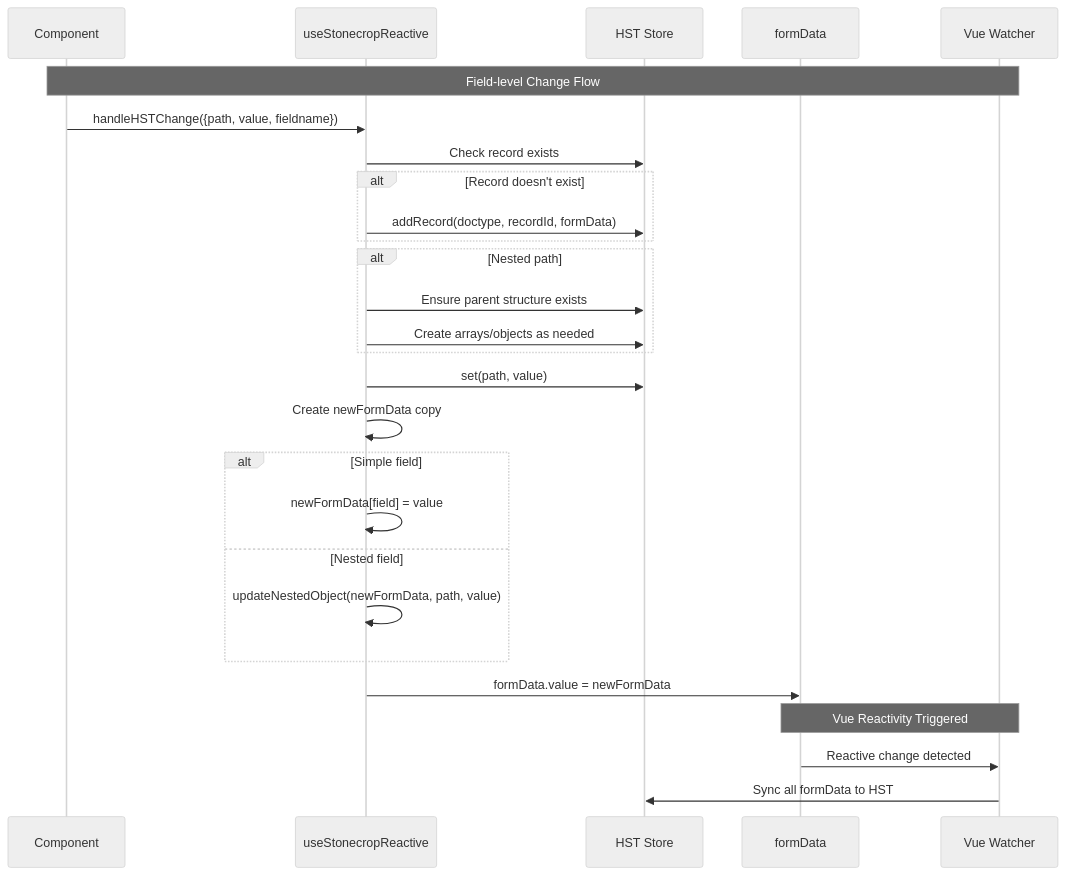
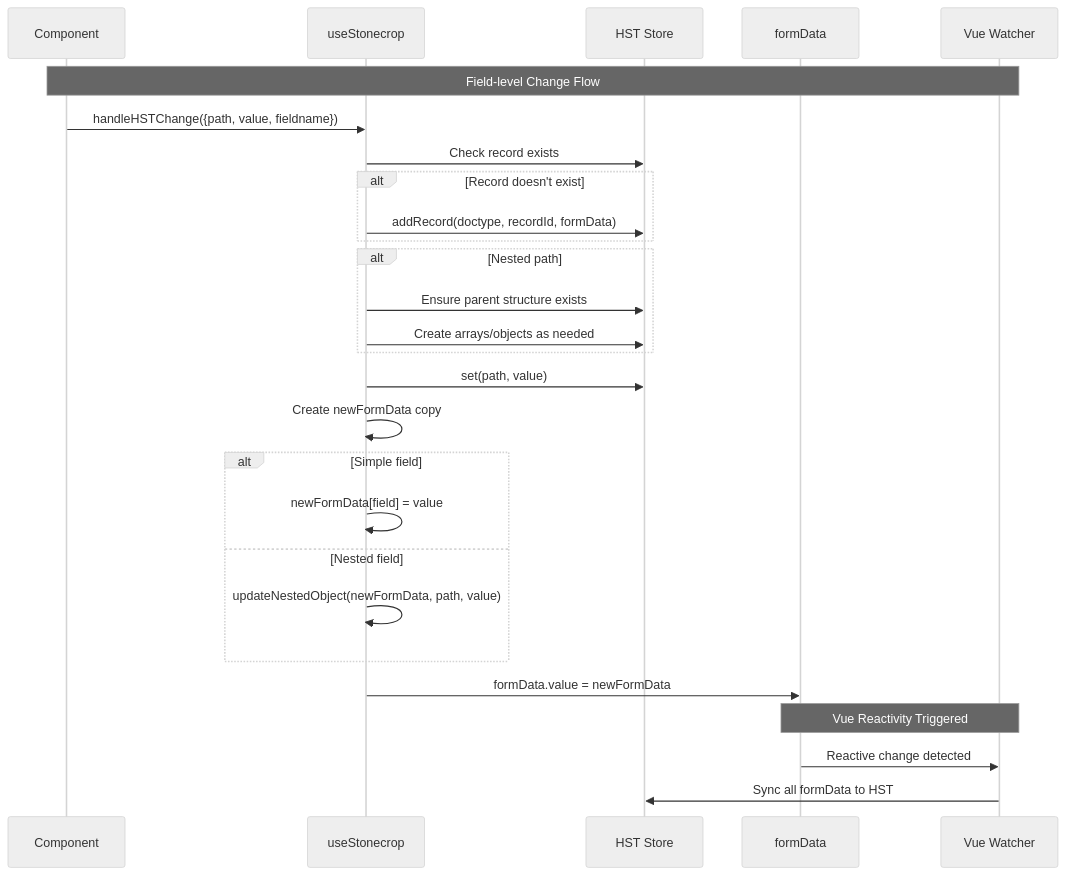
Before and after one commit to agritheory/stonecrop: the third of 6 diagrams in stonecrop/HST.md, drawn with Mermaid (neutral theme). The commit also changed other lines of this file and 8 other files, not shown here.

````diff
--- a/stonecrop/HST.md
+++ b/stonecrop/HST.md
@@ -111,38 +110,38 @@
 ```mermaid
 sequenceDiagram
     participant C as Component
-    participant USR as useStonecropReactive
+    participant US as useStonecrop
     participant HST as HST Store
     participant FD as formData
     participant VW as Vue Watcher
 
     Note over C,VW: Field-level Change Flow
 
-    C->>USR: handleHSTChange({path, value, fieldname})
+    C->>US: handleHSTChange({path, value, fieldname})
 
-    USR->>HST: Check record exists
+    US->>HST: Check record exists
     alt Record doesn't exist
-        USR->>HST: addRecord(doctype, recordId, formData)
+        US->>HST: addRecord(doctype, recordId, formData)
     end
 
     alt Nested path
-        USR->>HST: Ensure parent structure exists
-        USR->>HST: Create arrays/objects as needed
+        US->>HST: Ensure parent structure exists
+        US->>HST: Create arrays/objects as needed
     end
 
-    USR->>HST: set(path, value)
+    US->>HST: set(path, value)
 
-    USR->>USR: Create newFormData copy
+    US->>US: Create newFormData copy
 
     alt Simple field
-        USR->>USR: newFormData[field] = value
+        US->>US: newFormData[field] = value
     else Nested field
-        USR->>USR: updateNestedObject(newFormData, path, value)
+        US->>US: updateNestedObject(newFormData, path, value)
     end
 
-    USR->>FD: formData.value = newFormData
+    US->>FD: formData.value = newFormData
 
     Note over FD,VW: Vue Reactivity Triggered
     FD->>VW: Reactive change detected
     VW->>HST: Sync all formData to HST
 ```
````
